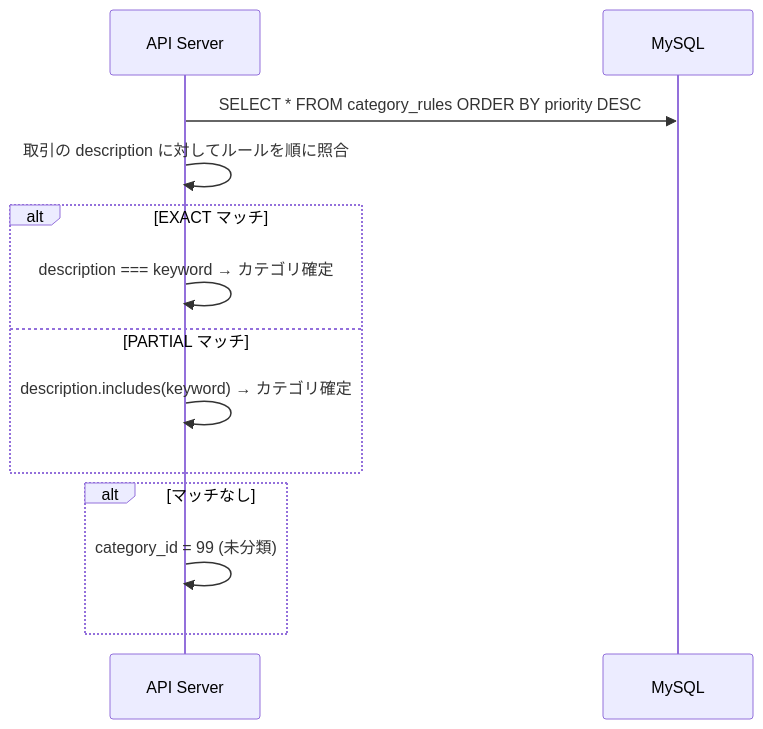
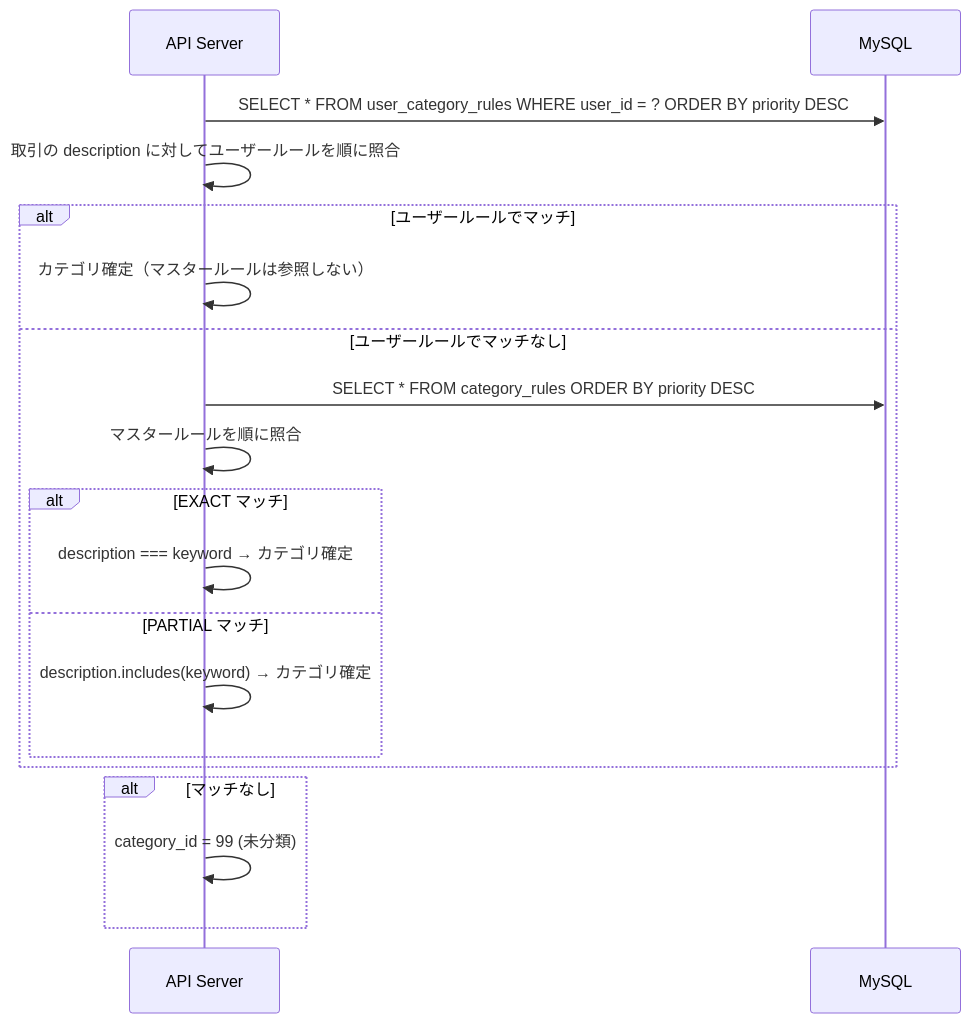
One commit to kentakki416/money-management changed the third of 6 diagrams in docs/spec/money-management/README.md. Above: the diagram before and after it, drawn with Mermaid. The commit also changed other lines of this file and 29 other files, not shown here.

First line of the commit message:
feat: UserCategoryRuleテーブル追加・設計書更新（step1）

````diff
--- a/docs/spec/money-management/README.md
+++ b/docs/spec/money-management/README.md
@@ -319,16 +355,22 @@
 ```mermaid
 sequenceDiagram
     participant API as API Server
     participant DB as MySQL
 
-    API->>DB: SELECT * FROM category_rules ORDER BY priority DESC
-    API->>API: 取引の description に対してルールを順に照合
-    alt EXACT マッチ
-        API->>API: description === keyword → カテゴリ確定
-    else PARTIAL マッチ
-        API->>API: description.includes(keyword) → カテゴリ確定
+    API->>DB: SELECT * FROM user_category_rules WHERE user_id = ? ORDER BY priority DESC
+    API->>API: 取引の description に対してユーザールールを順に照合
+    alt ユーザールールでマッチ
+        API->>API: カテゴリ確定（マスタールールは参照しない）
+    else ユーザールールでマッチなし
+        API->>DB: SELECT * FROM category_rules ORDER BY priority DESC
+        API->>API: マスタールールを順に照合
+        alt EXACT マッチ
+            API->>API: description === keyword → カテゴリ確定
+        else PARTIAL マッチ
+            API->>API: description.includes(keyword) → カテゴリ確定
+        end
     end
     alt マッチなし
         API->>API: category_id = 99 (未分類)
     end
 ```
````
